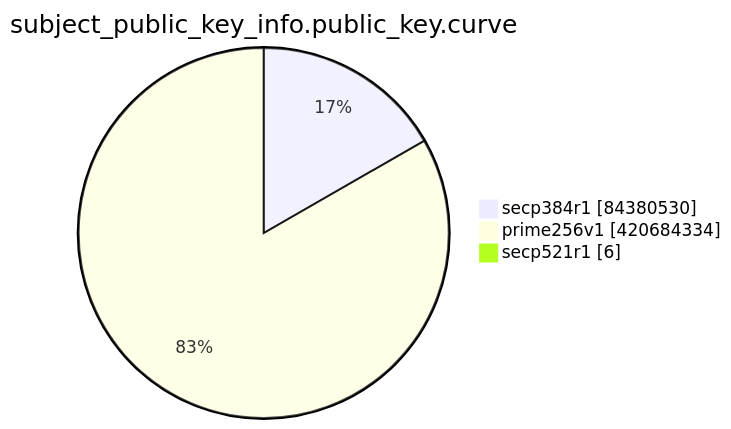
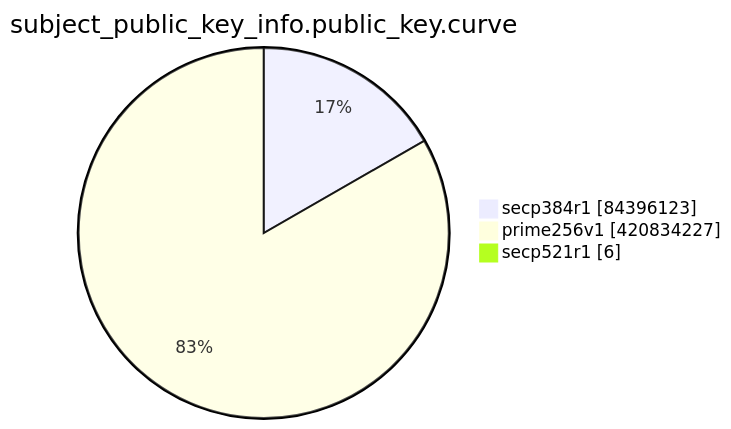
The eighth of 15 diagrams in TOTAL/README.md (christiankrug/ctmonitor_visualization), drawn with Mermaid before and after one commit. The commit also changed other lines of this file, not shown here.

````diff
--- a/TOTAL/README.md
+++ b/TOTAL/README.md
@@ -3099,7 +3099,7 @@
 ```mermaid
 pie showData
 title subject_public_key_info.public_key.curve
-"secp384r1" :84380530
-"prime256v1" :420684334
+"secp384r1" :84396123
+"prime256v1" :420834227
 "secp521r1" :6
 ```
````
